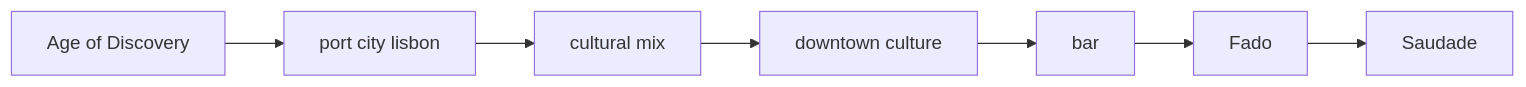
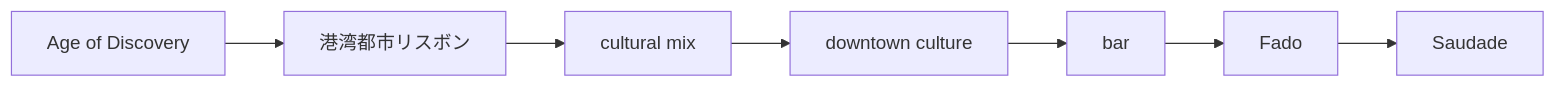
Before and after one commit to monumental-movement/monumental-movement.github.io: the second of 12 diagrams in en/_posts/2026-05-16-column-fado.md, drawn with Mermaid. The commit also changed other lines of this file and 1012 other files, not shown here.

```diff
--- a/en/_posts/2026-05-16-column-fado.md
+++ b/en/_posts/2026-05-16-column-fado.md
@@ -126,9 +125,9 @@
 <div class="mermaid">
 flowchart LR
-A[Age of Discovery] --> B[port city lisbon]
+A[Age of Discovery] --> B[港湾都市リスボン]
 B --> C[cultural mix]
 C --> D[downtown culture]
 D --> E[bar]
 E --> F[Fado]
 F --> G[Saudade]
 </div>
```
